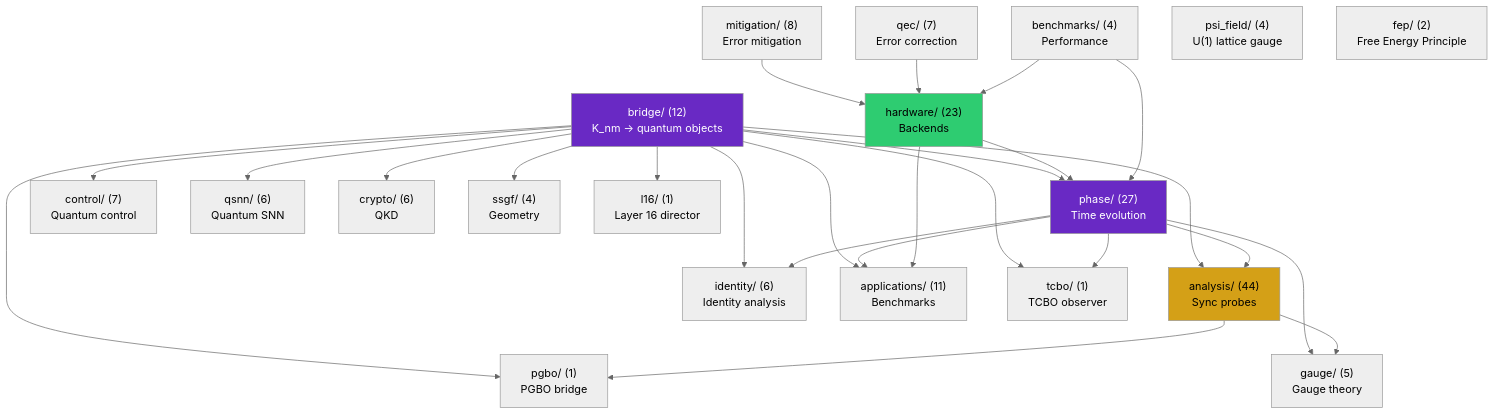
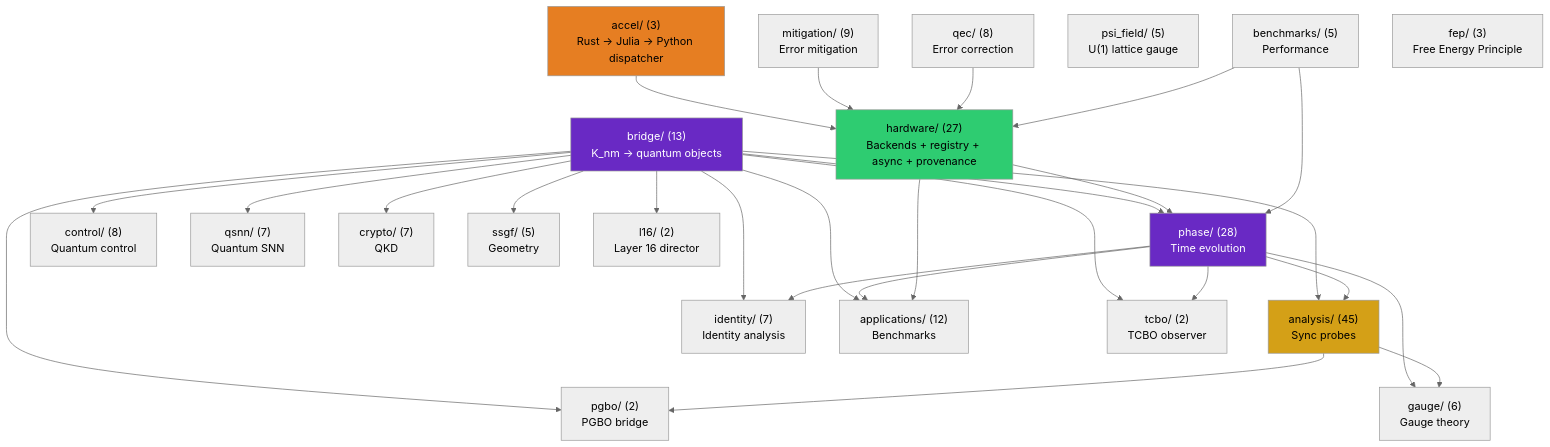
The first of 3 diagrams in docs/architecture.md (anulum/scpn-quantum-control), drawn with Mermaid (neutral theme) before and after one commit. The commit also changed other lines of this file and 5 other files, not shown here.

First line of the commit message:
docs: refresh README, index, architecture, installation, api, changelog for v0.9.6

````diff
--- a/docs/architecture.md
+++ b/docs/architecture.md
@@ -32,52 +33,55 @@
 ```mermaid
 graph TD
-    bridge["bridge/ (12)\nK_nm → quantum objects"]
-    phase["phase/ (27)\nTime evolution"]
-    analysis["analysis/ (44)\nSync probes"]
-    control["control/ (7)\nQuantum control"]
-    qsnn["qsnn/ (6)\nQuantum SNN"]
-    identity["identity/ (6)\nIdentity analysis"]
-    hardware["hardware/ (23)\nBackends"]
-    mitigation["mitigation/ (8)\nError mitigation"]
-    qec["qec/ (7)\nError correction"]
-    gauge["gauge/ (5)\nGauge theory"]
-    apps["applications/ (11)\nBenchmarks"]
-    crypto["crypto/ (6)\nQKD"]
-    benchmarks["benchmarks/ (4)\nPerformance"]
-    ssgf["ssgf/ (4)\nGeometry"]
-    psi_field["psi_field/ (4)\nU(1) lattice gauge"]
-    fep["fep/ (2)\nFree Energy Principle"]
-    tcbo["tcbo/ (1)\nTCBO observer"]
-    pgbo["pgbo/ (1)\nPGBO bridge"]
-    l16["l16/ (1)\nLayer 16 director"]
+    bridge["bridge/ (13)\nK_nm → quantum objects"]
+    phase["phase/ (28)\nTime evolution"]
+    analysis["analysis/ (45)\nSync probes"]
+    control["control/ (8)\nQuantum control"]
+    qsnn["qsnn/ (7)\nQuantum SNN"]
+    identity["identity/ (7)\nIdentity analysis"]
+    hardware["hardware/ (27)\nBackends + registry + async + provenance"]
+    mitigation["mitigation/ (9)\nError mitigation"]
+    qec["qec/ (8)\nError correction"]
+    gauge["gauge/ (6)\nGauge theory"]
+    apps["applications/ (12)\nBenchmarks"]
+    crypto["crypto/ (7)\nQKD"]
+    benchmarks["benchmarks/ (5)\nPerformance"]
+    ssgf["ssgf/ (5)\nGeometry"]
+    psi_field["psi_field/ (5)\nU(1) lattice gauge"]
+    accel["accel/ (3)\nRust → Julia → Python dispatcher"]
+    fep["fep/ (3)\nFree Energy Principle"]
+    tcbo["tcbo/ (2)\nTCBO observer"]
+    pgbo["pgbo/ (2)\nPGBO bridge"]
+    l16["l16/ (2)\nLayer 16 director"]
 
     bridge --> phase
     bridge --> analysis
     bridge --> control
     bridge --> qsnn
     bridge --> identity
     bridge --> apps
     bridge --> crypto
     bridge --> ssgf
     phase --> analysis
     phase --> identity
     phase --> apps
     phase --> gauge
     analysis --> gauge
     hardware --> phase
     hardware --> apps
+    accel --> hardware
     mitigation --> hardware
     qec --> hardware
     benchmarks --> phase
     benchmarks --> hardware
     bridge --> tcbo
     bridge --> pgbo
     bridge --> l16
     phase --> tcbo
     analysis --> pgbo
 
     style bridge fill:#6929C4,color:#fff
     style analysis fill:#d4a017,color:#000
     style phase fill:#6929C4,color:#fff
     style hardware fill:#2ecc71,color:#000
+    style accel fill:#e67e22,color:#000
 ```
````
